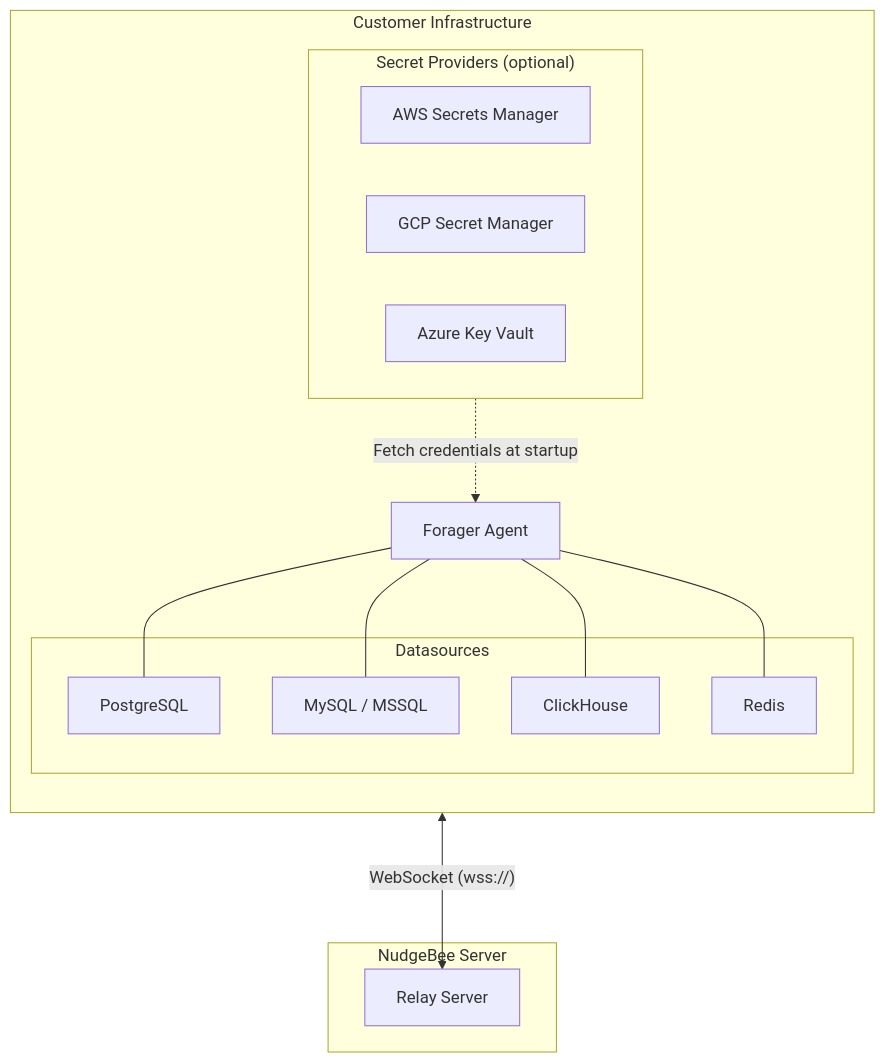
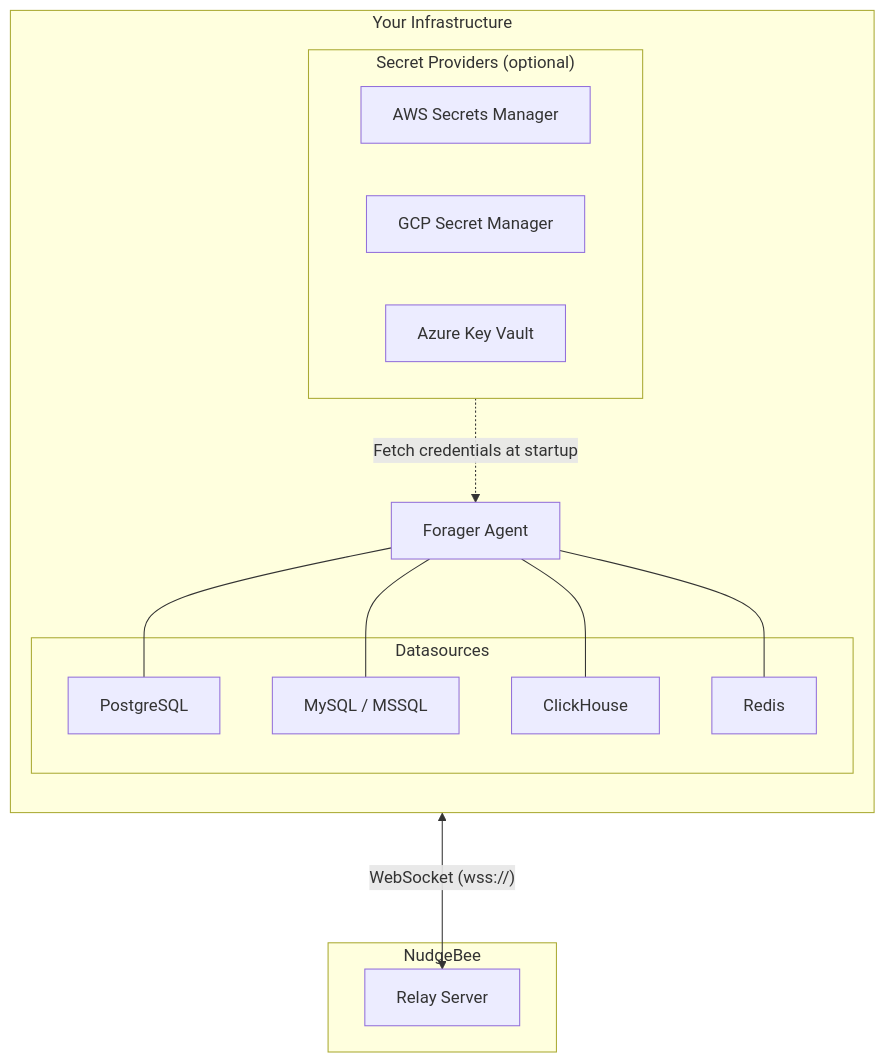
Before and after one commit to nudgebee/nudgebee-docs: the diagram in doc-server/docs/installation/agent/proxy-agent/overview.md, drawn with Mermaid. The commit also changed other lines of this file and 4 other files, not shown here.

First line of the commit message:
docs: improve proxy agent docs with quick start, troubleshooting, and UI flow

````diff
--- a/doc-server/docs/installation/agent/proxy-agent/overview.md
+++ b/doc-server/docs/installation/agent/proxy-agent/overview.md
@@ -11,33 +22,33 @@
 ```mermaid
 flowchart TB
-    subgraph infra["Customer Infrastructure"]
+    subgraph infra["Your Infrastructure"]
         direction TB
         F["Forager Agent"]
 
         subgraph ds["Datasources"]
             PG["PostgreSQL"]
             MY["MySQL / MSSQL"]
             CH["ClickHouse"]
             RD["Redis"]
         end
 
         subgraph secrets["Secret Providers (optional)"]
             AWS["AWS Secrets Manager"]
             GCP["GCP Secret Manager"]
             AZ["Azure Key Vault"]
         end
     end
 
-    subgraph nb["NudgeBee Server"]
+    subgraph nb["NudgeBee"]
         RS["Relay Server"]
     end
 
     F <--->|"WebSocket (wss://)"| RS
 
     F --- PG
     F --- MY
     F --- CH
     F --- RD
 
     secrets -.->|"Fetch credentials at startup"| F
 ```
````
